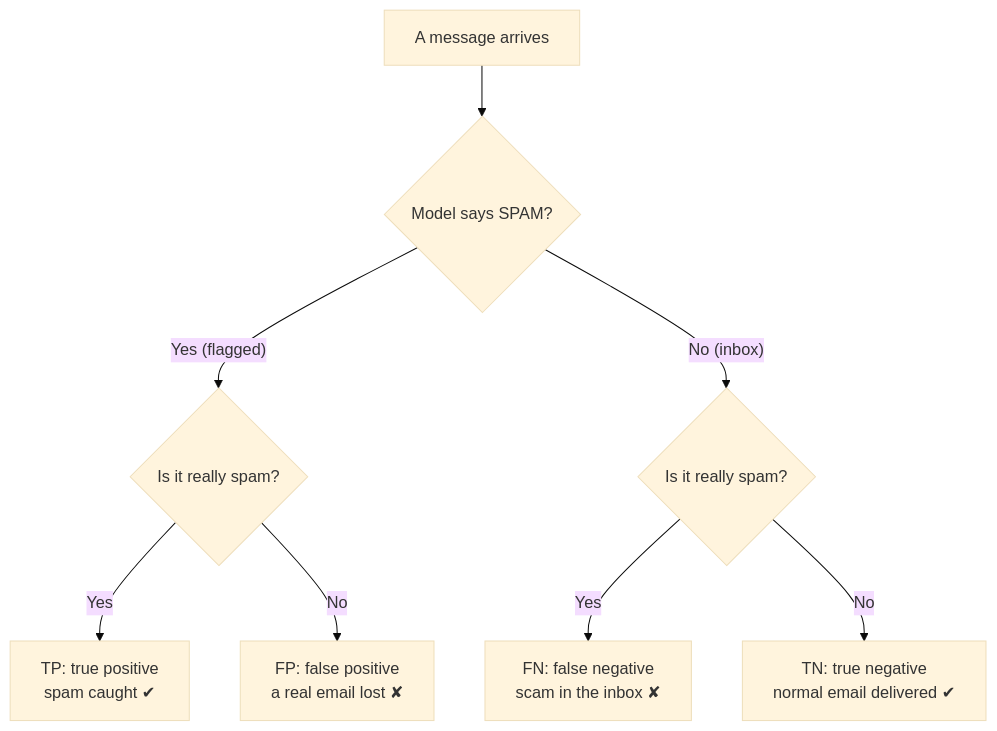
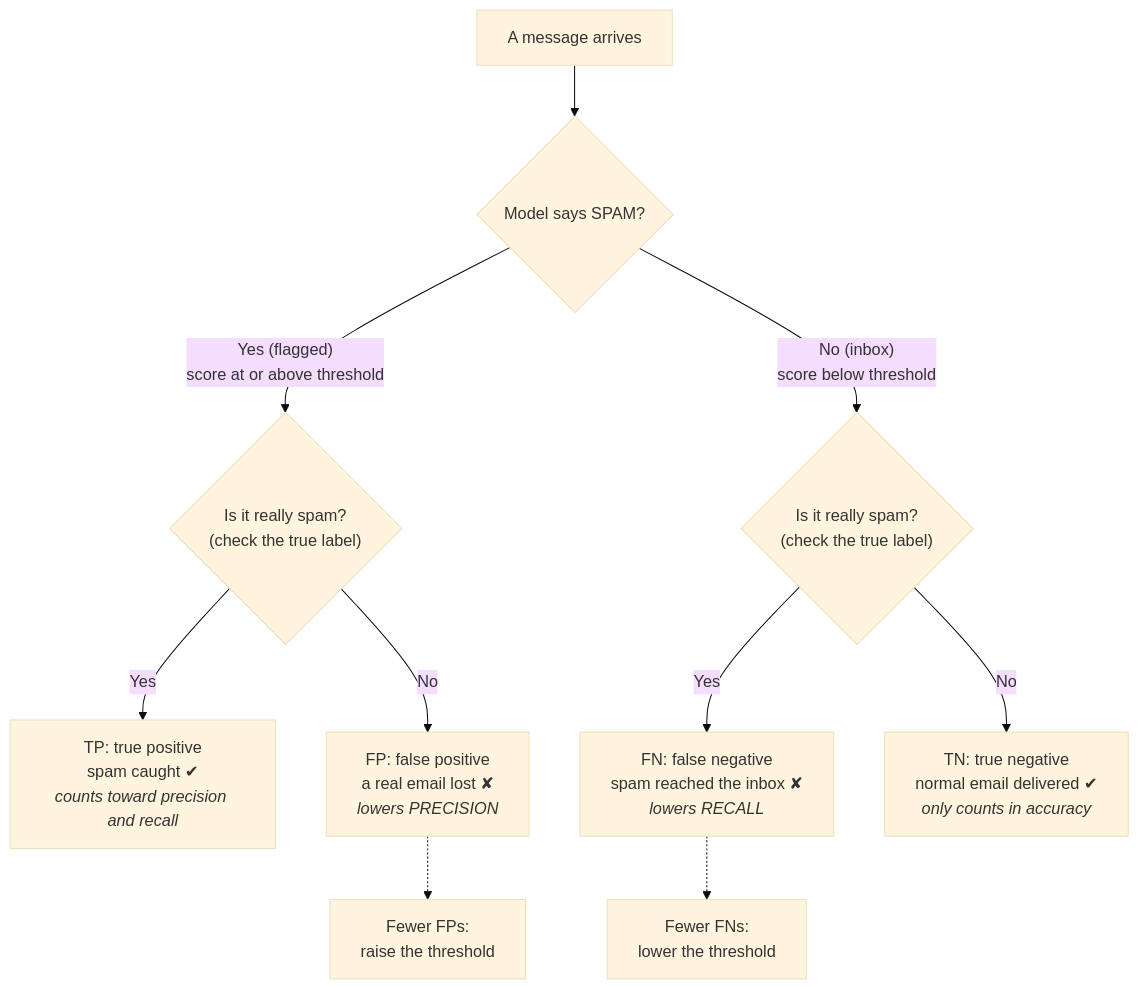
Before and after one commit to iportilla/MLOps-notebooks-5350: the first of 5 diagrams in PRECISION_RECALL_101.md, drawn with Mermaid (base theme). The commit also changed other lines of this file, not shown here.

Commit message:
Explain each branch of the outcomes chart in Precision vs Recall 101
Add the threshold condition, the true-label check, the metric each
outcome affects, and the threshold fix for FPs and FNs. Say "spam"
instead of "scam" for false negatives.

````diff
--- a/PRECISION_RECALL_101.md
+++ b/PRECISION_RECALL_101.md
@@ -13,10 +13,12 @@
 ```mermaid
 flowchart TB
     M["A message arrives"] --> Q{"Model says SPAM?"}
-    Q -- "Yes (flagged)" --> Y{"Is it really spam?"}
-    Q -- "No (inbox)" --> N{"Is it really spam?"}
-    Y -- "Yes" --> TP["TP: true positive<br/>spam caught ✔"]
-    Y -- "No" --> FP["FP: false positive<br/>a real email lost ✘"]
-    N -- "Yes" --> FN["FN: false negative<br/>scam in the inbox ✘"]
-    N -- "No" --> TN["TN: true negative<br/>normal email delivered ✔"]
+    Q -- "Yes (flagged)<br/>score at or above threshold" --> Y{"Is it really spam?<br/>(check the true label)"}
+    Q -- "No (inbox)<br/>score below threshold" --> N{"Is it really spam?<br/>(check the true label)"}
+    Y -- "Yes" --> TP["TP: true positive<br/>spam caught ✔<br/><i>counts toward precision and recall</i>"]
+    Y -- "No" --> FP["FP: false positive<br/>a real email lost ✘<br/><i>lowers PRECISION</i>"]
+    N -- "Yes" --> FN["FN: false negative<br/>spam reached the inbox ✘<br/><i>lowers RECALL</i>"]
+    N -- "No" --> TN["TN: true negative<br/>normal email delivered ✔<br/><i>only counts in accuracy</i>"]
+    FP -.-> FIXP["Fewer FPs:<br/>raise the threshold"]
+    FN -.-> FIXN["Fewer FNs:<br/>lower the threshold"]
 ```
````
